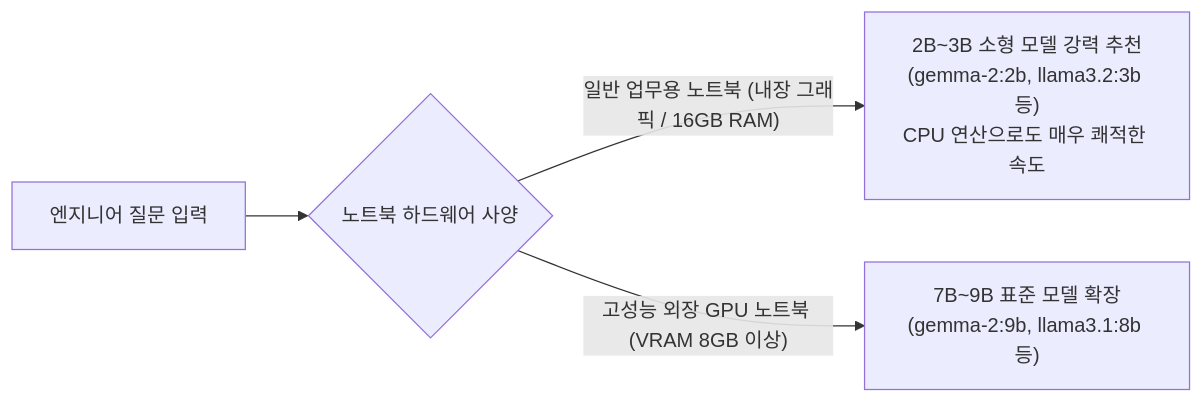
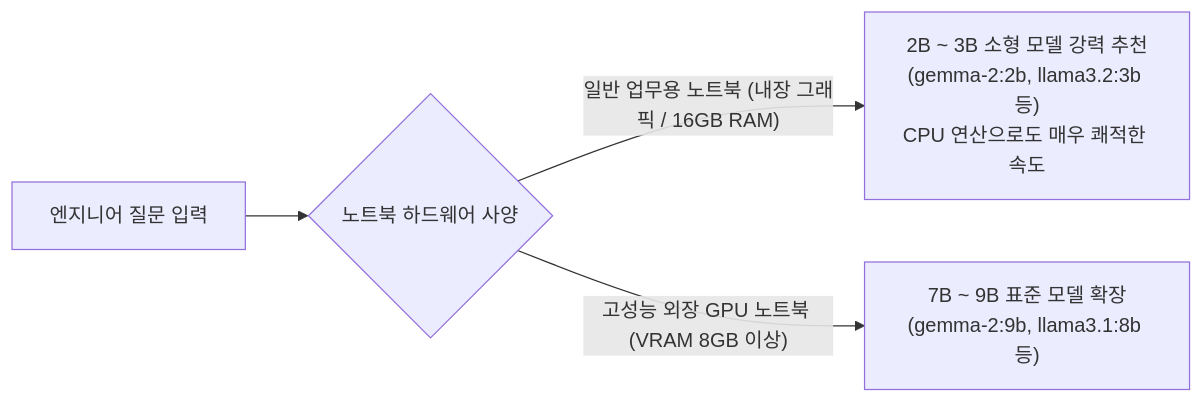
Before and after one commit to CheolKyunYU/cknotes: the second of 2 diagrams in content/posts/ollama-01-local-llm-intro/index.md, drawn with Mermaid. The commit also changed other lines of this file and 60 other files, not shown here.

````diff
--- a/content/posts/ollama-01-local-llm-intro/index.md
+++ b/content/posts/ollama-01-local-llm-intro/index.md
@@ -99,6 +96,6 @@
 ```mermaid
 flowchart LR
     Prompt["엔지니어 질문 입력"] --> MemCheck{"노트북 하드웨어 사양"}
-    MemCheck -->|"일반 업무용 노트북 (내장 그래픽 / 16GB RAM)"| sLLM["2B~3B 소형 모델 강력 추천<br/>(gemma-2:2b, llama3.2:3b 등)<br/>CPU 연산으로도 매우 쾌적한 속도"]
-    MemCheck -->|"고성능 외장 GPU 노트북 (VRAM 8GB 이상)"| LLM8B["7B~9B 표준 모델 확장<br/>(gemma-2:9b, llama3.1:8b 등)"]
+    MemCheck -->|"일반 업무용 노트북 (내장 그래픽 / 16GB RAM)"| sLLM["2B ~ 3B 소형 모델 강력 추천<br/>(gemma-2:2b, llama3.2:3b 등)<br/>CPU 연산으로도 매우 쾌적한 속도"]
+    MemCheck -->|"고성능 외장 GPU 노트북 (VRAM 8GB 이상)"| LLM8B["7B ~ 9B 표준 모델 확장<br/>(gemma-2:9b, llama3.1:8b 등)"]
 ```
````
